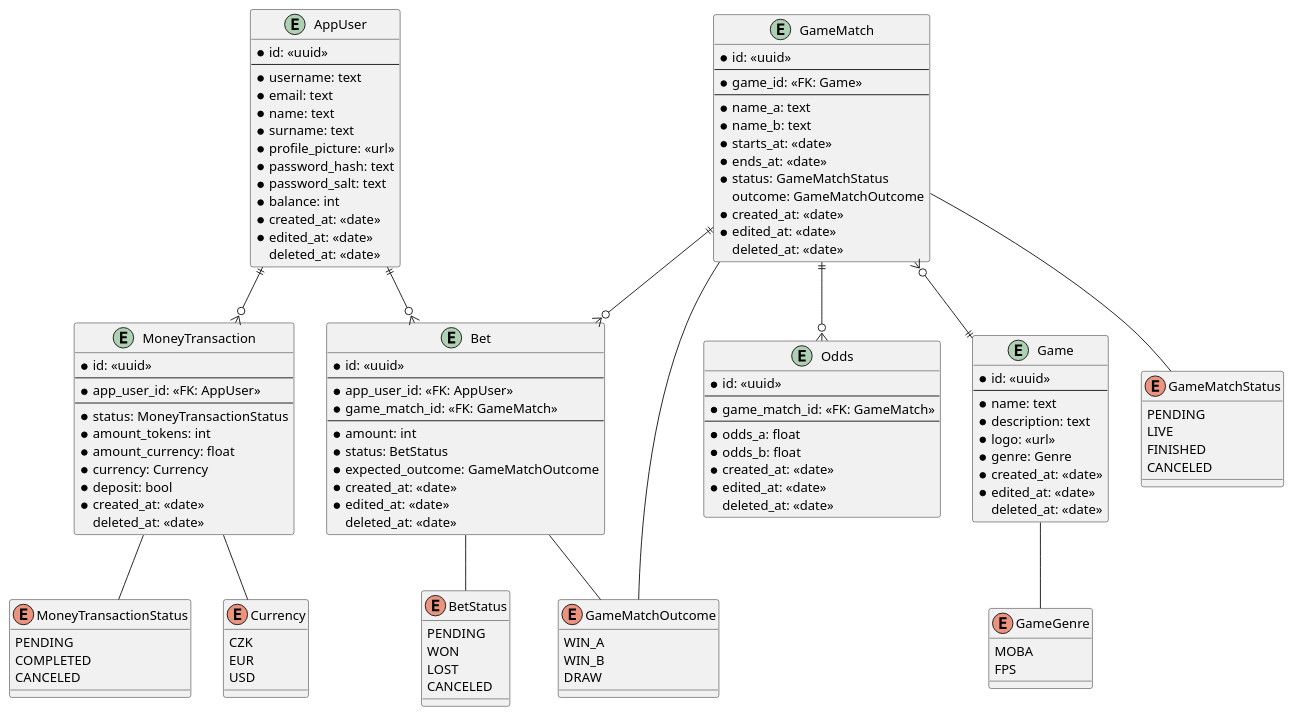
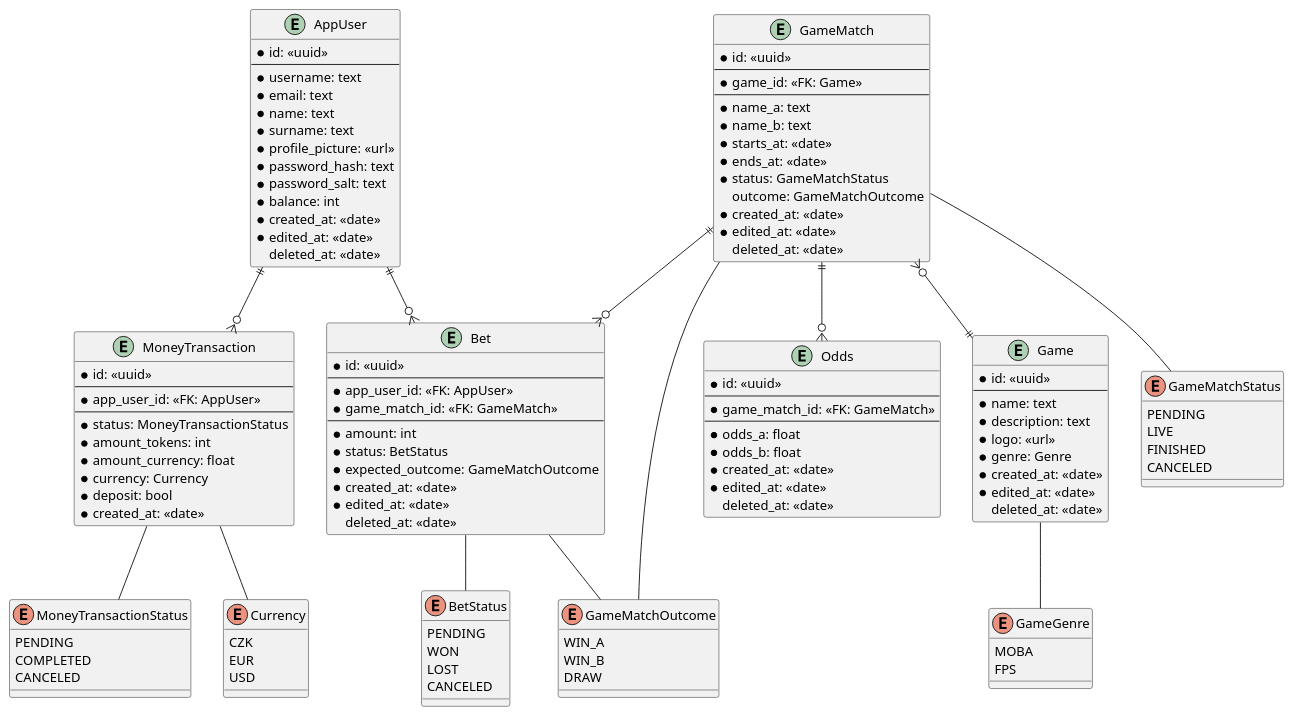
One commit to Average-Rust-Enjoyers/Starbet-Live changed the diagram in docs/starbet.puml. Above: the diagram before and after it, drawn with PlantUML. The commit also changed 5 other files, not shown here.

```diff
--- a/docs/starbet.puml
+++ b/docs/starbet.puml
@@ -1,137 +1,136 @@
 @startuml starbet-live
 
 entity AppUser {
     * id: <<uuid>>
     ---
     * username: text
     * email: text
     * name: text
     * surname: text
     * profile_picture: <<url>>
     * password_hash: text
     * password_salt: text
     * balance: int
     * created_at: <<date>>
     * edited_at: <<date>>
     deleted_at: <<date>>
 }
 
 enum GameGenre {
     MOBA
     FPS
 }
 
 entity Game {
     * id: <<uuid>>
     ---
     * name: text
     * description: text
     * logo: <<url>>
     * genre: Genre
     * created_at: <<date>>
     * edited_at: <<date>>
     deleted_at: <<date>>
 }
 
 enum GameMatchStatus {
     PENDING
     LIVE
     FINISHED
     CANCELED
 }
 
 enum GameMatchOutcome {
     WIN_A
     WIN_B
     DRAW
 }
 
 entity GameMatch {
     * id: <<uuid>>
     ---
     * game_id: <<FK: Game>>
     ---
     * name_a: text
     * name_b: text
     * starts_at: <<date>>
     * ends_at: <<date>>
     * status: GameMatchStatus
     outcome: GameMatchOutcome
     * created_at: <<date>>
     * edited_at: <<date>>
     deleted_at: <<date>>
 }
 
 entity Odds {
     * id: <<uuid>>
     ---
     * game_match_id: <<FK: GameMatch>>
     ---
     * odds_a: float
     * odds_b: float
     * created_at: <<date>>
     * edited_at: <<date>>
     deleted_at: <<date>>
 }
 
 enum BetStatus {
     PENDING
     WON
     LOST
     CANCELED
 }
 
 entity Bet {
     * id: <<uuid>>
     ---
     * app_user_id: <<FK: AppUser>>
     * game_match_id: <<FK: GameMatch>>
     ---
     * amount: int
     * status: BetStatus
     * expected_outcome: GameMatchOutcome
     * created_at: <<date>>
     * edited_at: <<date>>
     deleted_at: <<date>>
 }
 
 enum Currency {
     CZK
     EUR
     USD
 }
 
 enum MoneyTransactionStatus {
     PENDING
     COMPLETED
     CANCELED
 }
 
 entity MoneyTransaction {
     * id: <<uuid>>
     ---
     * app_user_id: <<FK: AppUser>>
     ---
     * status: MoneyTransactionStatus
     * amount_tokens: int
     * amount_currency: float
     * currency: Currency
     * deposit: bool
     * created_at: <<date>>
-    deleted_at: <<date>>
 }
 
 GameMatch }o--|| Game
 GameMatch ||--o{ Bet
 GameMatch ||--o{ Odds
 GameMatch -- GameMatchStatus
 GameMatch -- GameMatchOutcome
 AppUser ||--o{ Bet
 AppUser ||--o{ MoneyTransaction
 Game -- GameGenre
 MoneyTransaction -- Currency
 MoneyTransaction -- MoneyTransactionStatus 
 Bet -- BetStatus
 Bet -- GameMatchOutcome
 
 @enduml
```
